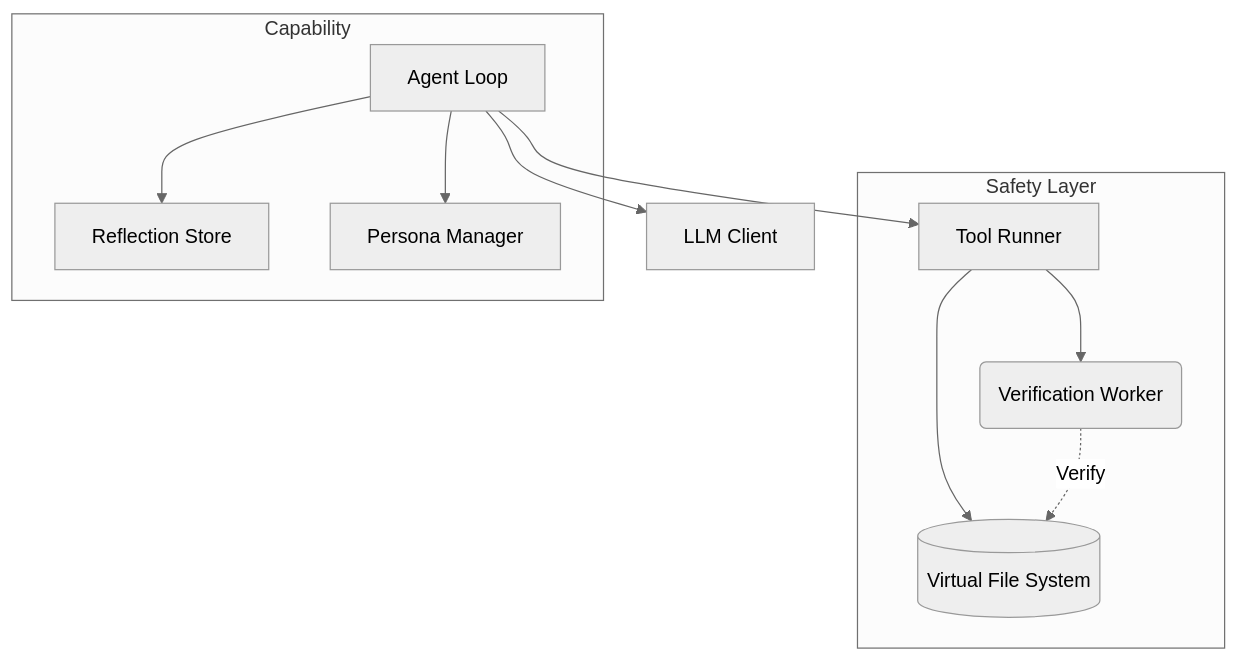
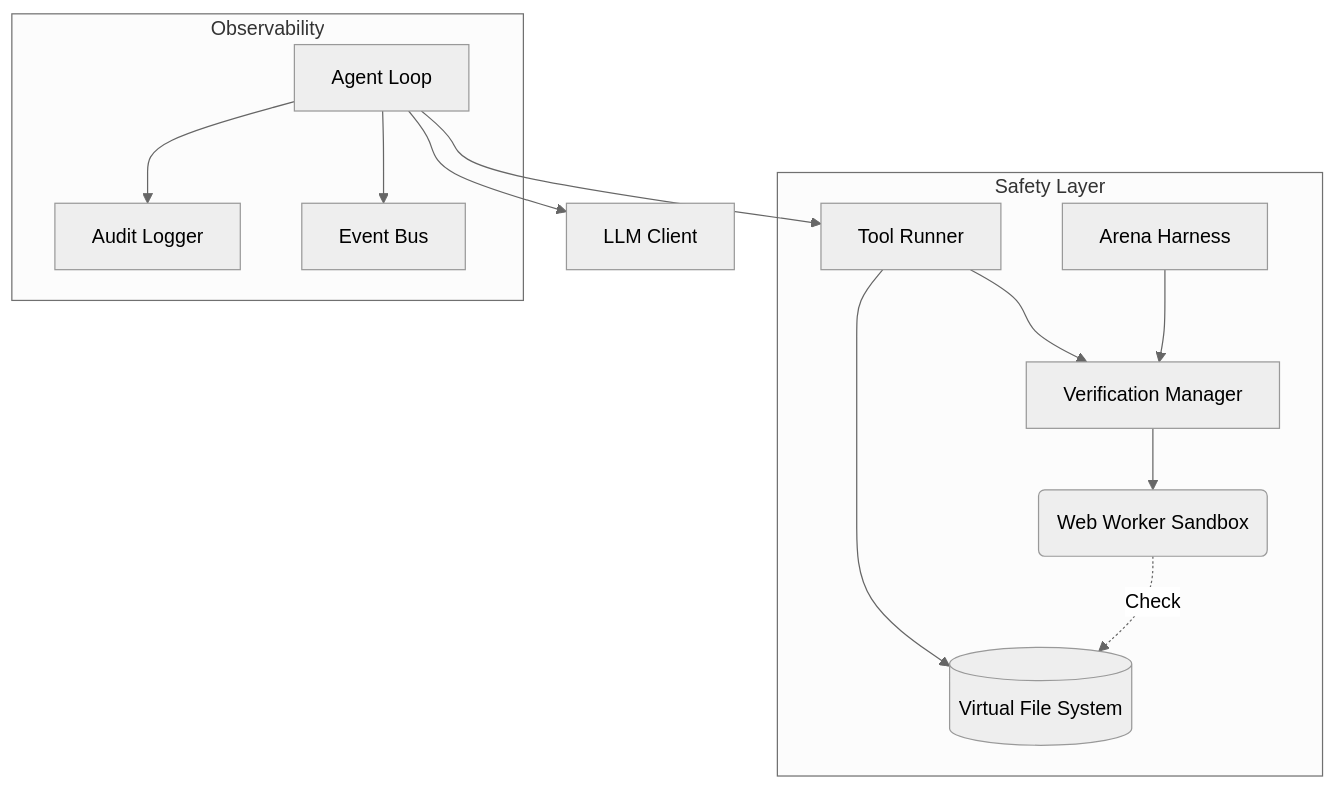
One commit to clocksmith/reploid changed the diagram in README.md. Above: the diagram before and after it, drawn with Mermaid (neutral theme). The commit also changed other lines of this file and 28 other files, not shown here.

````diff
--- a/README.md
+++ b/README.md
@@ -25,16 +29,18 @@
 ```mermaid
 graph TD
     Agent[Agent Loop] --> LLM[LLM Client]
     Agent --> Tools[Tool Runner]
     Tools --> VFS[(Virtual File System)]
 
     subgraph Safety Layer
-        Tools --> Worker(Verification Worker)
-        Worker -.->|Verify| VFS
+        Tools --> Verify[Verification Manager]
+        Verify --> Worker(Web Worker Sandbox)
+        Worker -.->|Check| VFS
+        Arena[Arena Harness] --> Verify
     end
 
-    subgraph Capability
-        Agent --> Reflection[Reflection Store]
-        Agent --> Persona[Persona Manager]
+    subgraph Observability
+        Agent --> Audit[Audit Logger]
+        Agent --> Events[Event Bus]
     end
 ```
````
